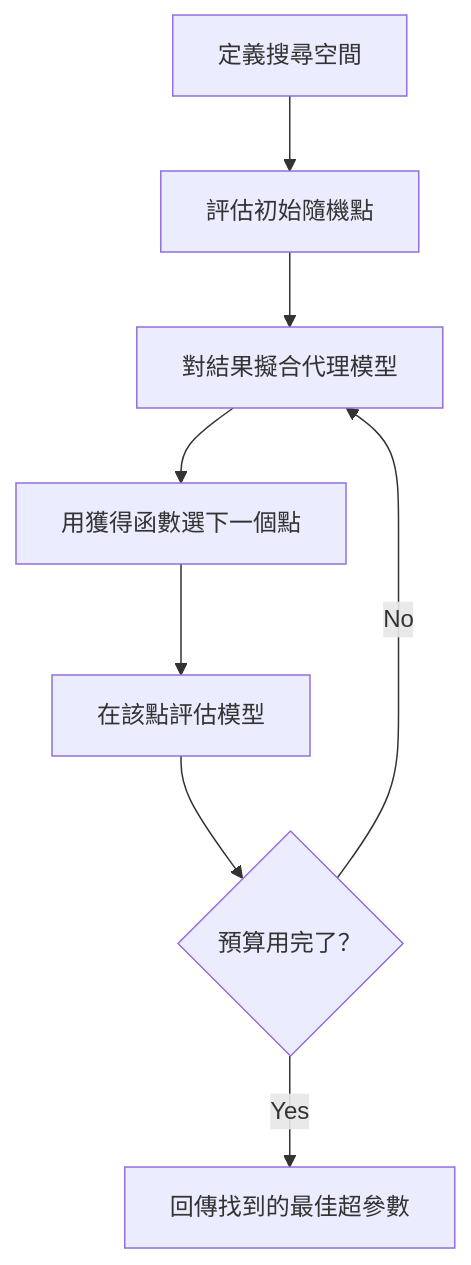
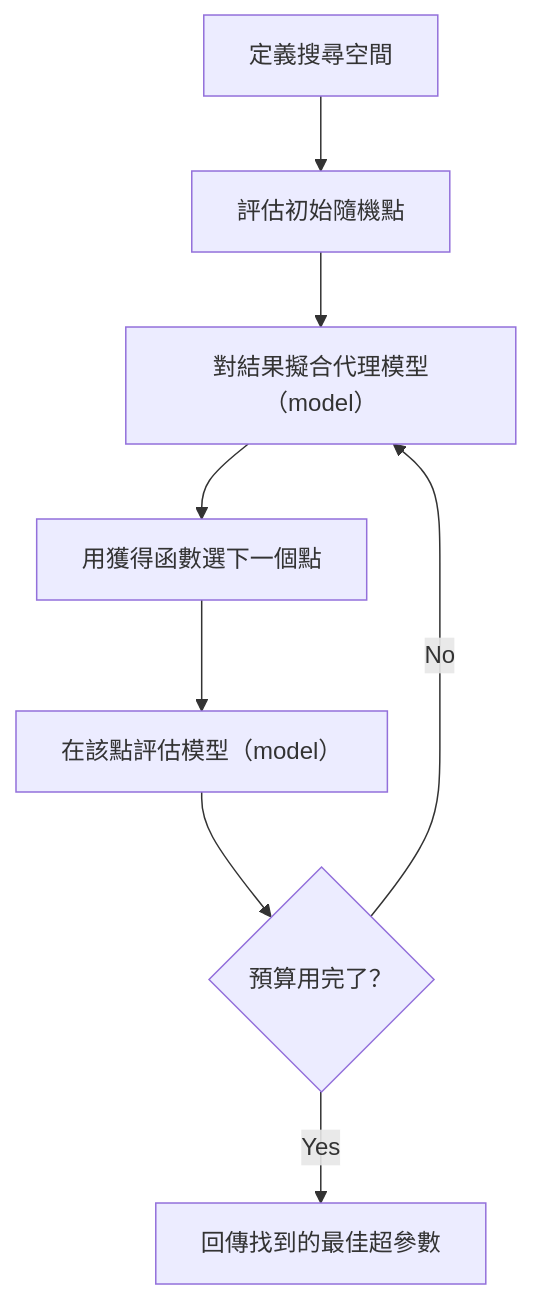
One commit to edward821220/ai-engineering-from-scratch changed the second of 4 diagrams in i18n/zh-TW/phases/02-ml-fundamentals/12-hyperparameter-tuning/docs/zh-TW.md. Above: the diagram before and after it, drawn with Mermaid. The commit also changed other lines of this file and 87 other files, not shown here.

````diff
--- a/i18n/zh-TW/phases/02-ml-fundamentals/12-hyperparameter-tuning/docs/zh-TW.md
+++ b/i18n/zh-TW/phases/02-ml-fundamentals/12-hyperparameter-tuning/docs/zh-TW.md
@@ -87,10 +87,10 @@
 ```mermaid
 flowchart TD
     A[定義搜尋空間] --> B[評估初始隨機點]
-    B --> C[對結果擬合代理模型]
+    B --> C[對結果擬合代理模型（model）]
     C --> D[用獲得函數選下一個點]
-    D --> E[在該點評估模型]
+    D --> E[在該點評估模型（model）]
     E --> F{預算用完了？}
     F -->|No| C
     F -->|Yes| G[回傳找到的最佳超參數]
 ```
````
